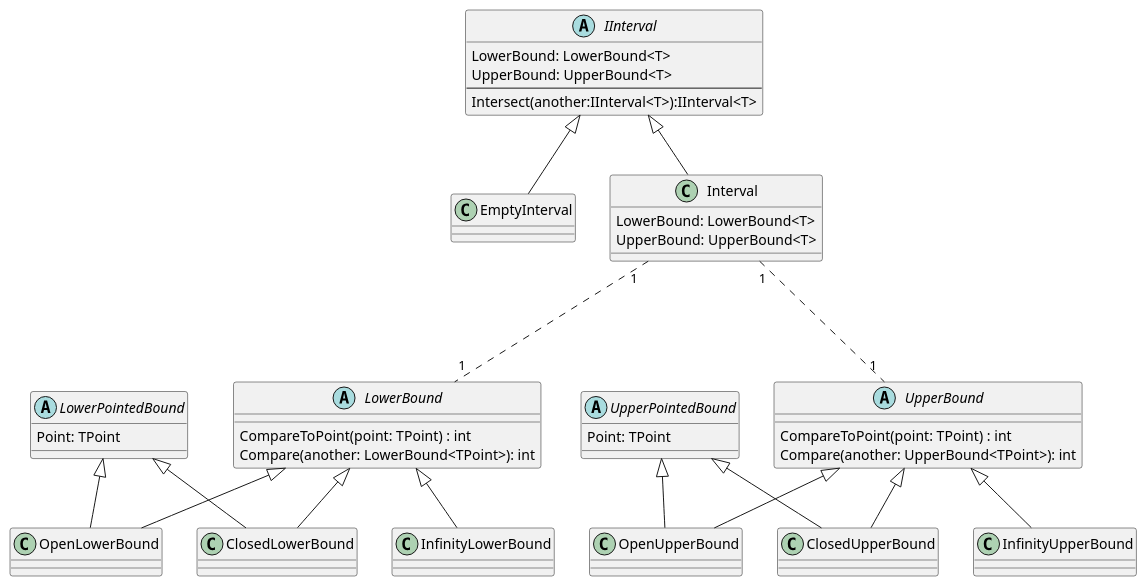
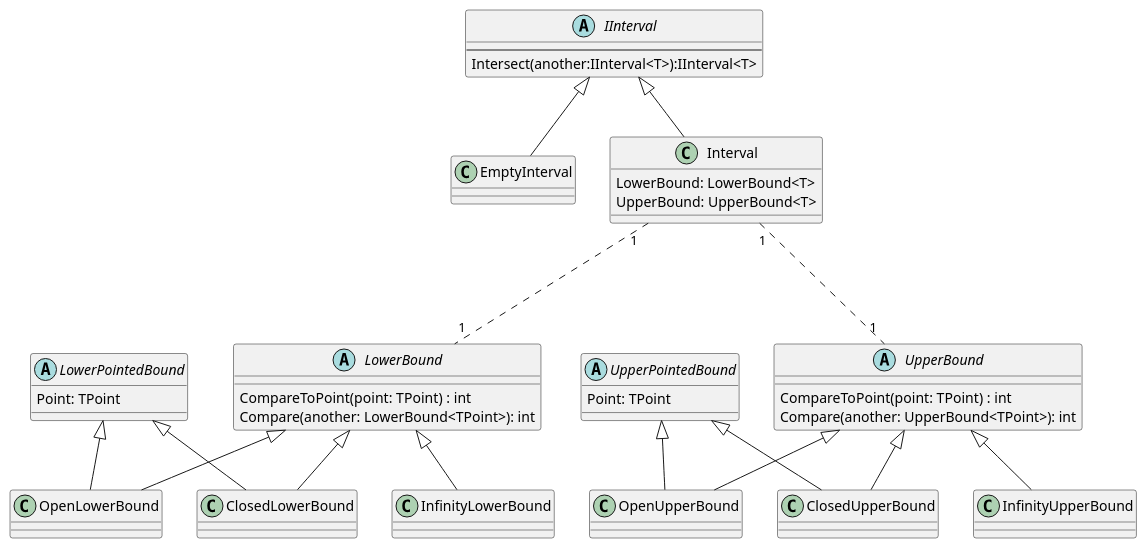
Before and after one commit to RetailRocket/Interval: the diagram in readme/plantuml/DomainModel.puml, drawn with PlantUML.

Commit message:
update model for documentation

```diff
--- a/readme/plantuml/DomainModel.puml
+++ b/readme/plantuml/DomainModel.puml
@@ -1,74 +1,72 @@
 @startuml
 
 abstract IInterval {
-    LowerBound: LowerBound<T>
-    UpperBound: UpperBound<T>
 ---
 Intersect(another:IInterval<T>):IInterval<T>
 }
 
 class EmptyInterval {
 }
 
 class Interval {
     LowerBound: LowerBound<T>
     UpperBound: UpperBound<T>
 }
 
 abstract LowerPointedBound {
     Point: TPoint 
 }
 
 abstract UpperPointedBound {
     Point: TPoint
 }
 
 abstract LowerBound {
     CompareToPoint(point: TPoint) : int
     Compare(another: LowerBound<TPoint>): int
 }
 
 class OpenLowerBound {
 }
 
 class ClosedLowerBound {
 }
 
 class InfinityLowerBound {
 }
 
 IInterval <|-- EmptyInterval
 IInterval <|-- Interval
 
 
 LowerBound <|-- OpenLowerBound
 LowerPointedBound <|-- OpenLowerBound
 LowerBound <|-- ClosedLowerBound
 LowerPointedBound <|-- ClosedLowerBound
 LowerBound <|-- InfinityLowerBound
 
 Interval "1"..."1" LowerBound
 
 abstract UpperBound {
     CompareToPoint(point: TPoint) : int
     Compare(another: UpperBound<TPoint>): int
 }
 
 class OpenUpperBound {
 }
 
 class ClosedUpperBound {
 }
 
 class InfinityUpperBound {
 }
 
 UpperBound <|-- OpenUpperBound
 UpperPointedBound <|-- OpenUpperBound
 UpperBound <|-- ClosedUpperBound
 UpperPointedBound <|-- ClosedUpperBound
 UpperBound <|-- InfinityUpperBound
 
 Interval "1"..."1" UpperBound
 
 @enduml
```
